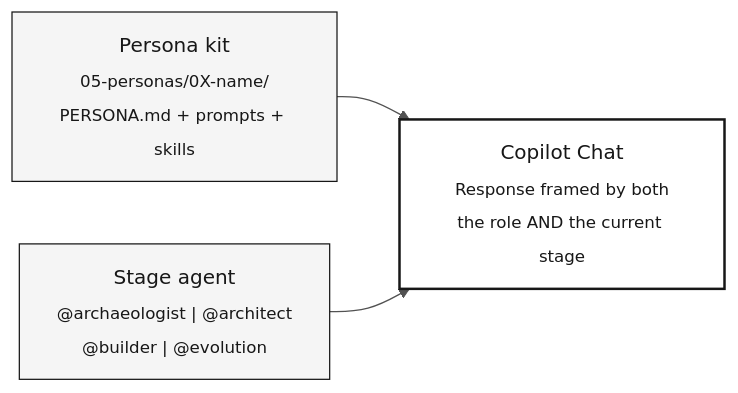
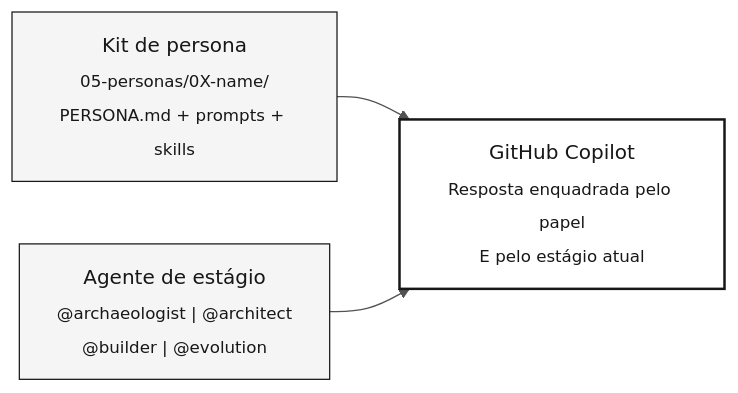
One commit to paulasilvatech/datacorp-sifap-team-kit-pt-br changed the diagram in 07-concepts/02-agents-and-personas.md. Above: the diagram before and after it, drawn with Mermaid. The commit also changed other lines of this file and 361 other files, not shown here.

````diff
--- a/07-concepts/02-agents-and-personas.md
+++ b/07-concepts/02-agents-and-personas.md
@@ -43,14 +43,14 @@
 ```mermaid
 %%{init: {'theme':'neutral','themeVariables':{'fontFamily':'ui-sans-serif, system-ui, sans-serif','primaryColor':'#F5F5F5','primaryTextColor':'#171717','primaryBorderColor':'#171717','lineColor':'#525252','secondaryColor':'#FFFFFF','tertiaryColor':'#FAFAFA','background':'#FFFFFF'}}}%%
 flowchart LR
     classDef step fill:#F5F5F5,stroke:#171717,color:#171717
     classDef result fill:#FFFFFF,stroke:#171717,color:#171717,stroke-width:2px
     classDef muted fill:#FAFAFA,stroke:#A3A3A3,color:#404040
 
-    P["Persona kit<br/><sub>05-personas/0X-name/<br/>PERSONA.md + prompts + skills</sub>"]:::step
-    A["Stage agent<br/><sub>@archaeologist | @architect<br/>@builder | @evolution</sub>"]:::step
-    C["Copilot Chat<br/><sub>Response framed by both<br/>the role AND the current stage</sub>"]:::result
+    P["Kit de persona<br/><sub>05-personas/0X-name/<br/>PERSONA.md + prompts + skills</sub>"]:::step
+    A["Agente de estágio<br/><sub>@archaeologist | @architect<br/>@builder | @evolution</sub>"]:::step
+   C["GitHub Copilot<br/><sub>Resposta enquadrada pelo papel<br/>E pelo estágio atual</sub>"]:::result
 
     P --> C
     A --> C
 ```
````
